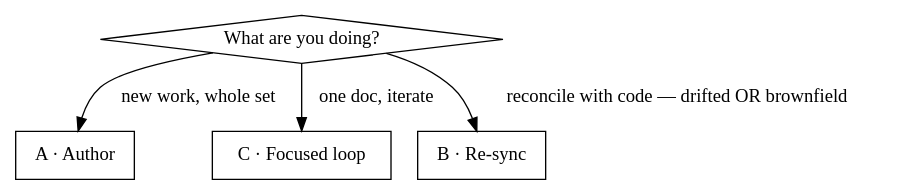
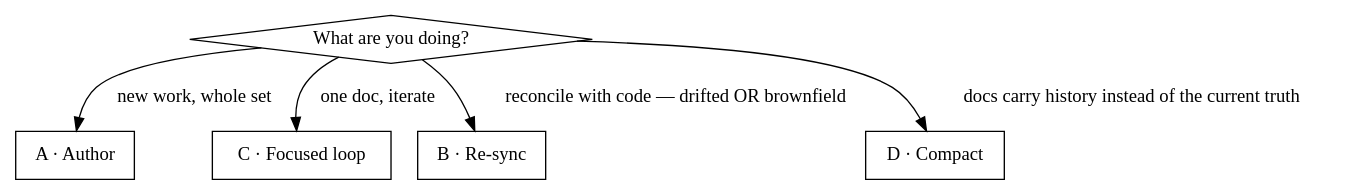
The diagram in skills/planning/SKILL.md (chadgrant/skills), drawn with Graphviz before and after one commit. The commit also changed other lines of this file and 10 other files, not shown here.

````diff
--- a/skills/planning/SKILL.md
+++ b/skills/planning/SKILL.md
@@ -18,11 +18,13 @@
 ```dot
 digraph modes {
   "What are you doing?" [shape=diamond];
   "A · Author" [shape=box];
   "C · Focused loop" [shape=box];
   "B · Re-sync" [shape=box];
   "What are you doing?" -> "A · Author" [label="new work, whole set"];
   "What are you doing?" -> "C · Focused loop" [label="one doc, iterate"];
   "What are you doing?" -> "B · Re-sync" [label="reconcile with code — drifted OR brownfield"];
+  "D · Compact" [shape=box];
+  "What are you doing?" -> "D · Compact" [label="docs carry history instead of the current truth"];
 }
 ```
````
